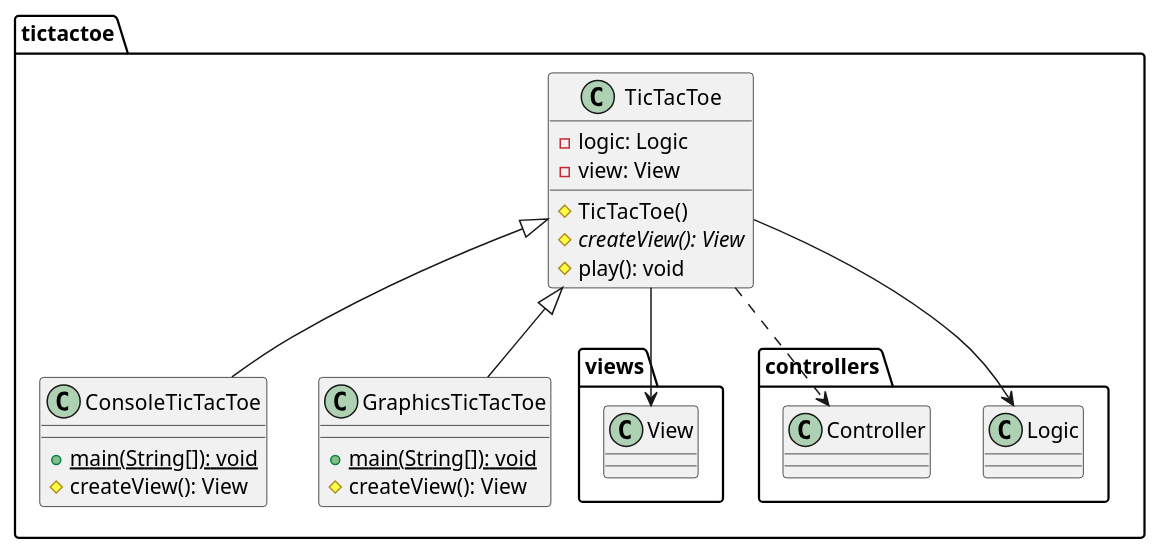
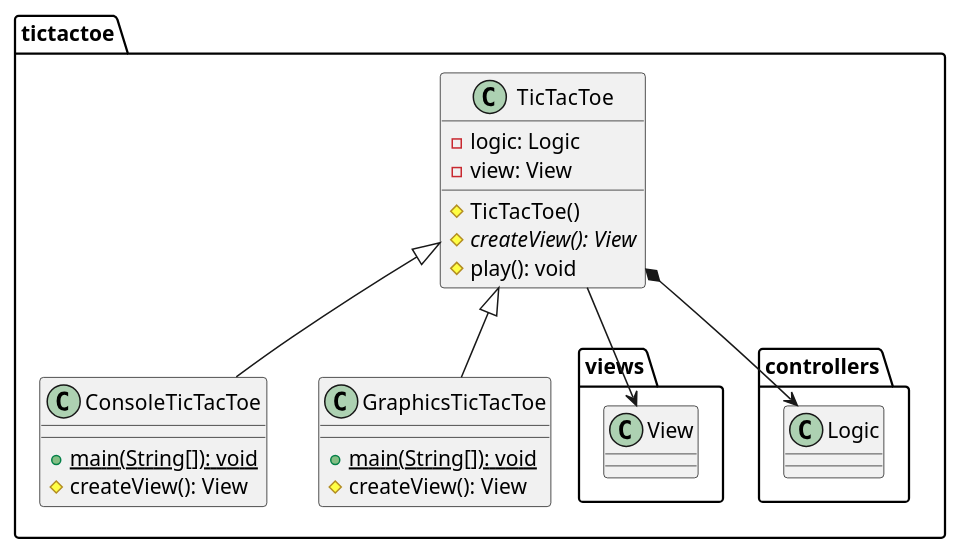
Before and after one commit to x-USantaTecla-game-ticTacToe/java: the second of 4 diagrams in docs/src/docs/asciidoc/index.adoc, drawn with PlantUML. The commit also changed other lines of this file and 12 other files, not shown here.

```diff
--- a/docs/src/docs/asciidoc/index.adoc
+++ b/docs/src/docs/asciidoc/index.adoc
@@ -77,27 +77,26 @@
 [plantuml,tictactoeVersion7,svg]
 ....
 
 class  tictactoe.ConsoleTicTacToe{
 + {static} main(String[]): void
 # createView(): View
 }
 tictactoe.TicTacToe <|-down- tictactoe.ConsoleTicTacToe
 
 class  tictactoe.GraphicsTicTacToe{
 + {static} main(String[]): void
 # createView(): View
 }
 tictactoe.TicTacToe <|-down- tictactoe.GraphicsTicTacToe
 
 class  tictactoe.TicTacToe{
 - logic: Logic
 - view: View
 # TicTacToe()
 # {abstract} createView(): View
 # play(): void
 }
 tictactoe.TicTacToe --> tictactoe.views.View
-tictactoe.TicTacToe --> tictactoe.controllers.Logic
-tictactoe.TicTacToe ..> tictactoe.controllers.Controller
+tictactoe.TicTacToe *-down-> tictactoe.controllers.Logic
 
 ....
```
